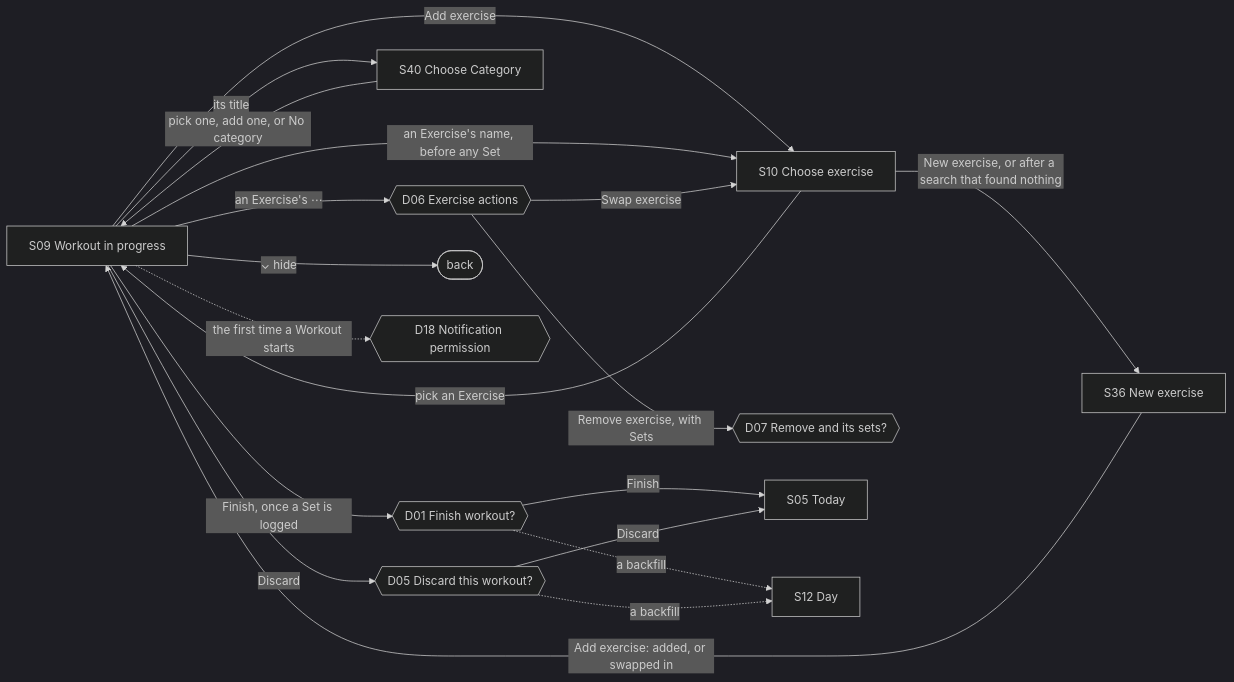
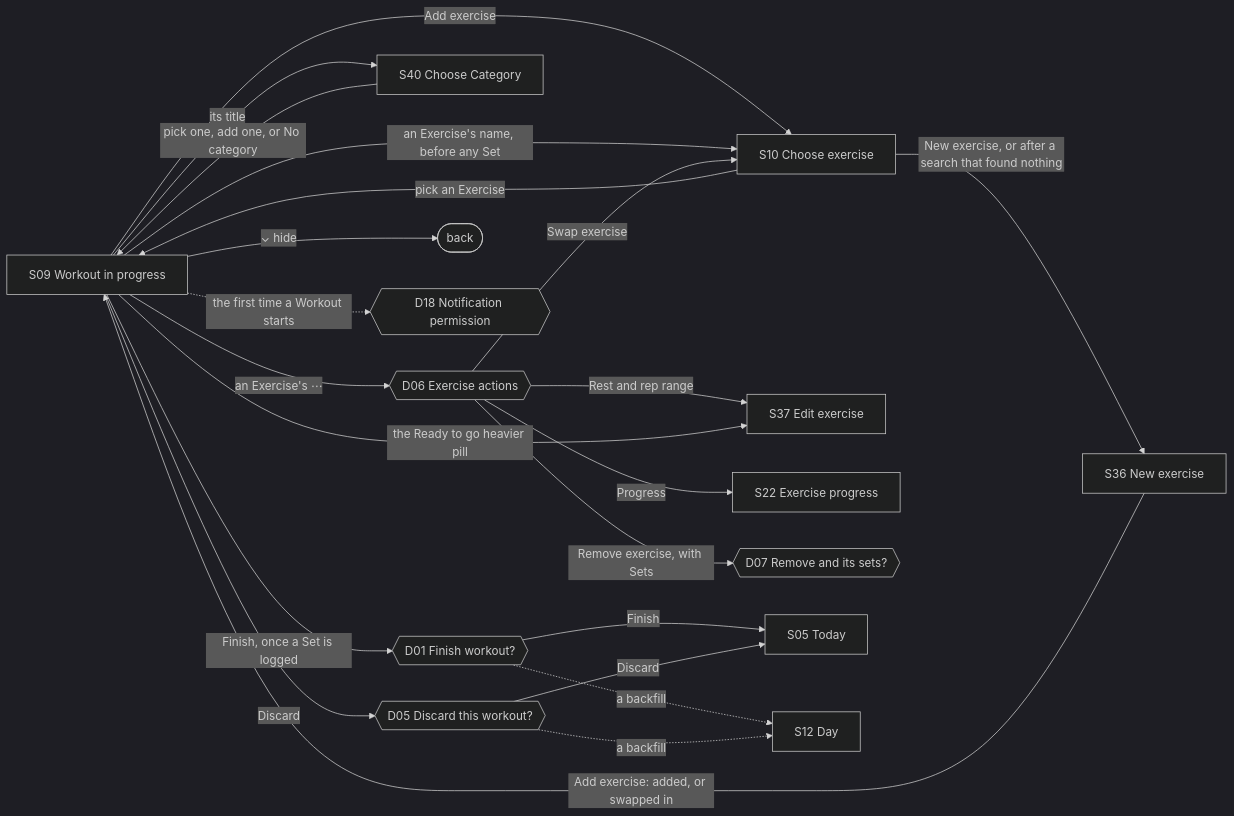
The third of 9 diagrams in docs/user-flows.md (kwanlokto/greater-than-zero), drawn with Mermaid (dark theme) before and after one commit. The commit also changed other lines of this file and 1 other file, not shown here.

First line of the commit message:
Open an Exercise's rest, rep range and progress from its card

````diff
--- a/docs/user-flows.md
+++ b/docs/user-flows.md
@@ -123,21 +123,24 @@
 ```mermaid
 flowchart LR
   S09["S09 Workout in progress"] -->|Add exercise| S10["S10 Choose exercise"]
   S09 -->|an Exercise's name, before any Set| S10
   S09 -->|an Exercise's ⋯| D06{{"D06 Exercise actions"}}
   D06 -->|Swap exercise| S10
+  D06 -->|Rest and rep range| S37["S37 Edit exercise"]
+  S09 -->|the Ready to go heavier pill| S37
+  D06 -->|Progress| S22["S22 Exercise progress"]
   D06 -->|Remove exercise, with Sets| D07{{"D07 Remove and its sets?"}}
   S10 -->|pick an Exercise| S09
   S10 -->|New exercise, or after a search that found nothing| S36["S36 New exercise"]
   S36 -->|Add exercise: added, or swapped in| S09
   S09 -->|its title| S40["S40 Choose Category"]
   S40 -->|pick one, add one, or No category| S09
   S09 -->|Finish, once a Set is logged| D01{{"D01 Finish workout?"}}
   S09 -->|Discard| D05{{"D05 Discard this workout?"}}
   D01 -->|Finish| S05["S05 Today"]
   D05 -->|Discard| S05
   D01 -.->|a backfill| S12["S12 Day"]
   D05 -.->|a backfill| S12
   S09 -->|⌄ hide| back(["back"])
   S09 -.->|the first time a Workout starts| D18{{"D18 Notification permission"}}
 ```
````
